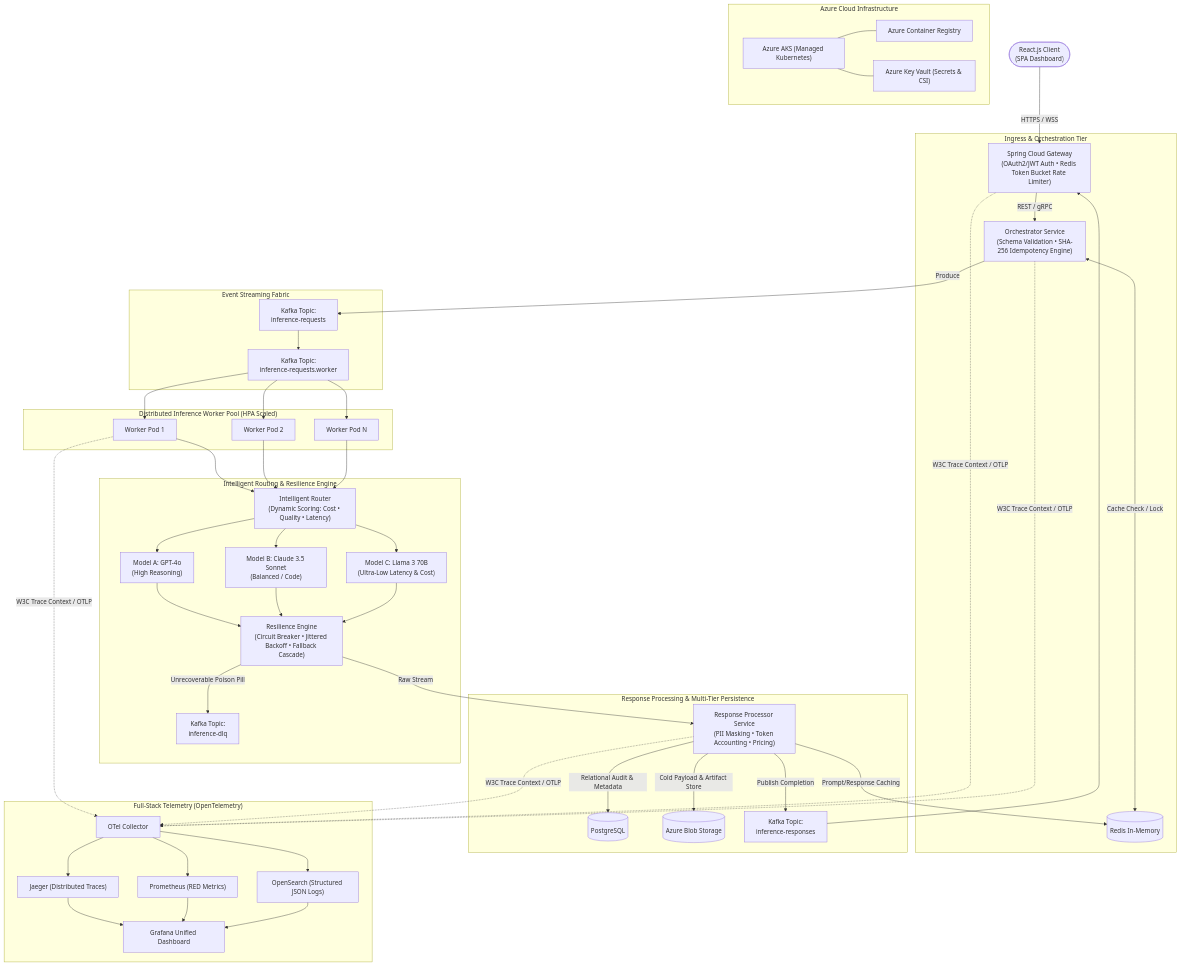
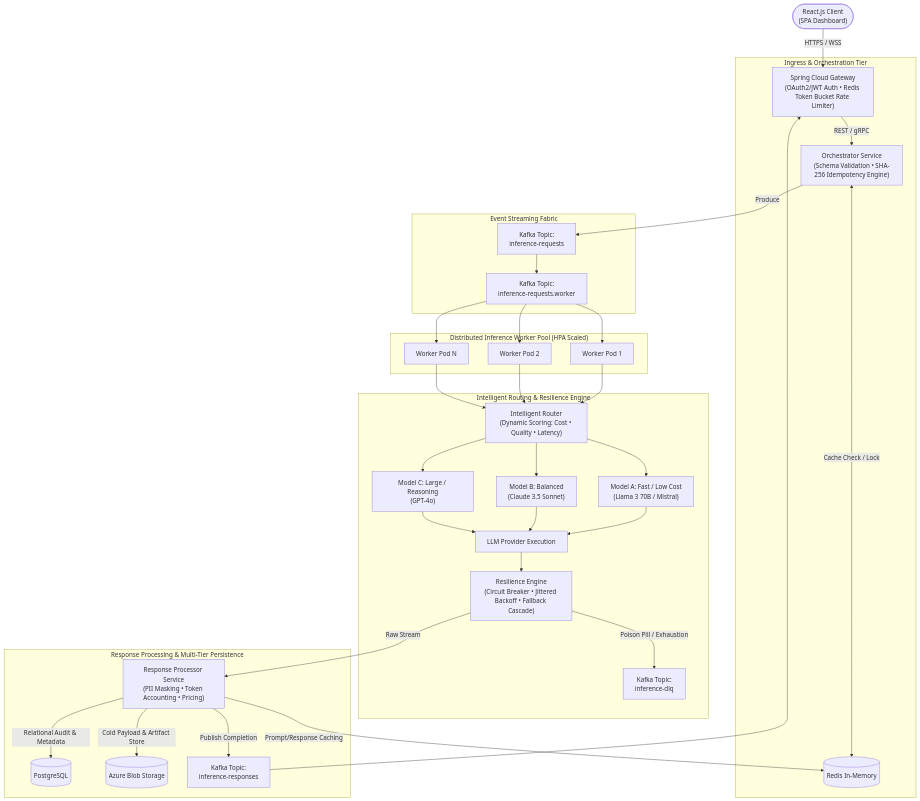
The first of 6 diagrams in README.md (kamran-asif/ScaleGen), drawn with Mermaid before and after one commit. The commit also changed other lines of this file and 1 other file, not shown here.

Commit message:
docs: integrate complete 5-part architectural blueprints, decision flows, and GitHub Actions CI/CD

````diff
--- a/README.md
+++ b/README.md
@@ -109,52 +118,40 @@
 ```mermaid
 flowchart TD
     Client(["React.js Client\n(SPA Dashboard)"]) -->|HTTPS / WSS| GW["Spring Cloud Gateway\n(OAuth2/JWT Auth • Redis Token Bucket Rate Limiter)"]
     
     subgraph IngressTier ["Ingress & Orchestration Tier"]
         GW -->|REST / gRPC| Orch["Orchestrator Service\n(Schema Validation • SHA-256 Idempotency Engine)"]
         Orch <-->|Cache Check / Lock| RedisCache[(Redis In-Memory)]
     end
 
     subgraph MessagingTier ["Event Streaming Fabric"]
         Orch -->|Produce| KReq["Kafka Topic:\ninference-requests"]
         KReq --> KWork["Kafka Topic:\ninference-requests.worker"]
     end
 
     subgraph ComputeWorkers ["Distributed Inference Worker Pool (HPA Scaled)"]
         KWork --> W1["Worker Pod 1"]
         KWork --> W2["Worker Pod 2"]
         KWork --> WN["Worker Pod N"]
     end
 
     subgraph RoutingAndResilience ["Intelligent Routing & Resilience Engine"]
         W1 & W2 & WN --> Router["Intelligent Router\n(Dynamic Scoring: Cost • Quality • Latency)"]
-        Router --> RouteA["Model A: GPT-4o\n(High Reasoning)"]
-        Router --> RouteB["Model B: Claude 3.5 Sonnet\n(Balanced / Code)"]
-        Router --> RouteC["Model C: Llama 3 70B\n(Ultra-Low Latency & Cost)"]
+        Router --> RouteA["Model A: Fast / Low Cost\n(Llama 3 70B / Mistral)"]
+        Router --> RouteB["Model B: Balanced\n(Claude 3.5 Sonnet)"]
+        Router --> RouteC["Model C: Large / Reasoning\n(GPT-4o)"]
         
-        RouteA & RouteB & RouteC --> Resilience["Resilience Engine\n(Circuit Breaker • Jittered Backoff • Fallback Cascade)"]
-        Resilience -->|Unrecoverable Poison Pill| DLQ["Kafka Topic:\ninference-dlq"]
+        RouteA & RouteB & RouteC --> LLMProvider["LLM Provider Execution"]
+        LLMProvider --> Resilience["Resilience Engine\n(Circuit Breaker • Jittered Backoff • Fallback Cascade)"]
+        Resilience -->|Poison Pill / Exhaustion| DLQ["Kafka Topic:\ninference-dlq"]
     end
 
     subgraph ResponseProcessingTier ["Response Processing & Multi-Tier Persistence"]
         Resilience -->|Raw Stream| RP["Response Processor Service\n(PII Masking • Token Accounting • Pricing)"]
         RP -->|Relational Audit & Metadata| PG[(PostgreSQL)]
         RP -->|Prompt/Response Caching| RedisCache
         RP -->|Cold Payload & Artifact Store| Blob[(Azure Blob Storage)]
         RP -->|Publish Completion| KResp["Kafka Topic:\ninference-responses"]
         KResp --> GW
     end
-
-    subgraph ObservabilityStack ["Full-Stack Telemetry (OpenTelemetry)"]
-        GW & Orch & W1 & RP -.->|W3C Trace Context / OTLP| OTel["OTel Collector"]
-        OTel --> Jaeger["Jaeger (Distributed Traces)"]
-        OTel --> Prom["Prometheus (RED Metrics)"]
-        OTel --> OS["OpenSearch (Structured JSON Logs)"]
-        Jaeger & Prom & OS --> Grafana["Grafana Unified Dashboard"]
-    end
-
-    subgraph CloudInfra ["Azure Cloud Infrastructure"]
-        AKS["Azure AKS (Managed Kubernetes)"] --- ACR["Azure Container Registry"]
-        AKS --- KeyVault["Azure Key Vault (Secrets & CSI)"]
-    end
 ```
````
